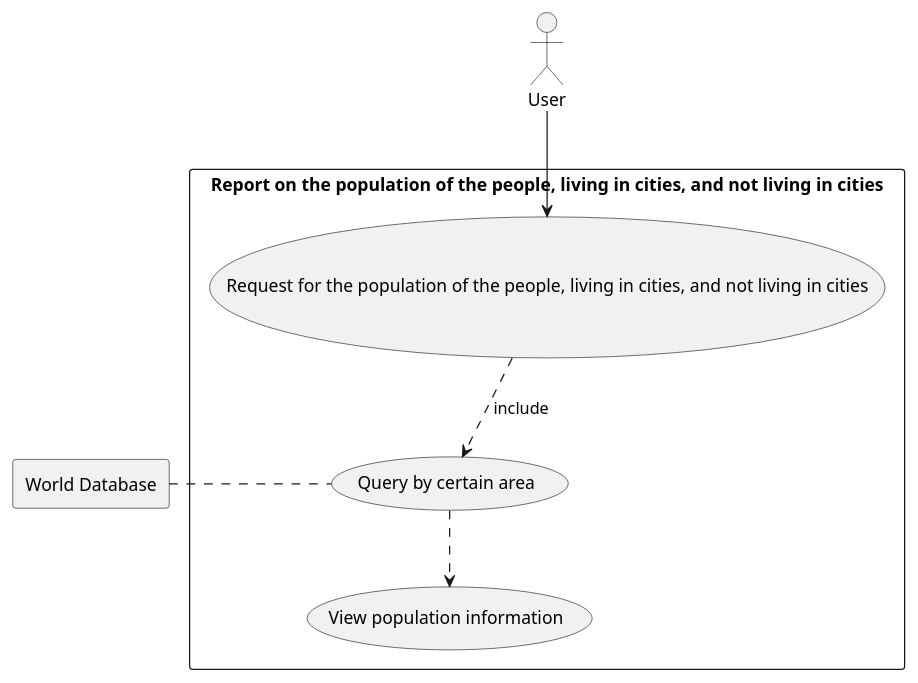
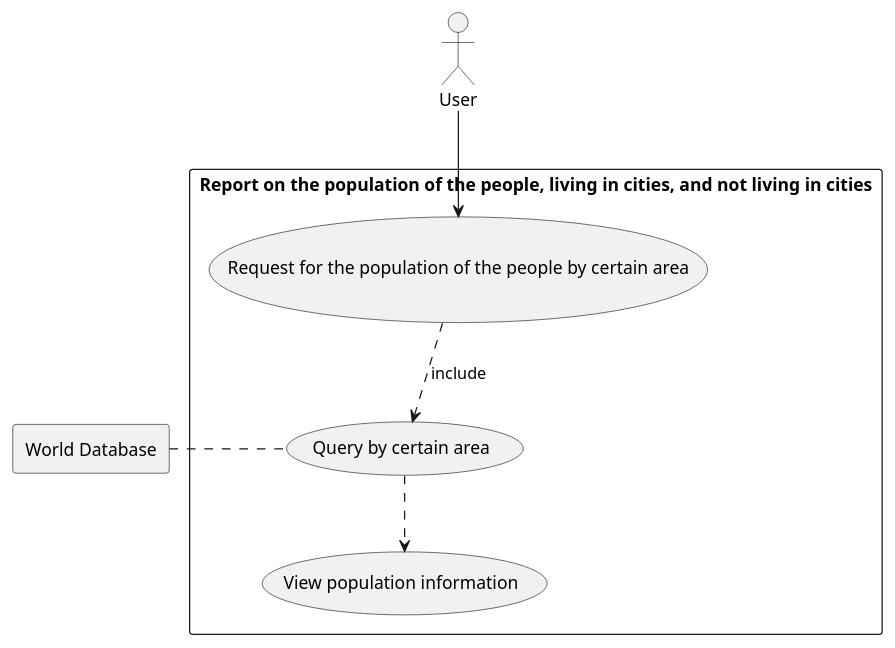
One commit to bobooo40/sam changed the diagram in use-case/use-case-7.puml. Above: the diagram before and after it, drawn with PlantUML. The commit also changed 6 other files, not shown here.

Commit message:
Fix UML Diagram

```diff
--- a/use-case/use-case-7.puml
+++ b/use-case/use-case-7.puml
@@ -2,25 +2,25 @@
 @startuml
 'Delecare skinparam
 skinparam packageStyle rectangle
 'Declare actor as user
 actor User
 
 'Declare database as D for world sql
 rectangle "World Database" as D
 
 rectangle "Report on the population of the people, living in cities, and not living in cities" {
 'Delcare usecase information
-usecase UC1 as "Request for the population of the people, living in cities, and not living in cities"
+usecase UC1 as "Request for the population of the people by certain area"
 usecase UC2 as "Query by certain area"
 usecase UC3 as "View population information"
 
 'Start usecase diagram
 User --> UC1
 '(start) -down-> UC1
 UC1 .down.> UC2:include
 UC2 .left. D
 UC2 .down.> UC3
 }
 
 'End usecase diagram
-@endum
+@enduml
```
